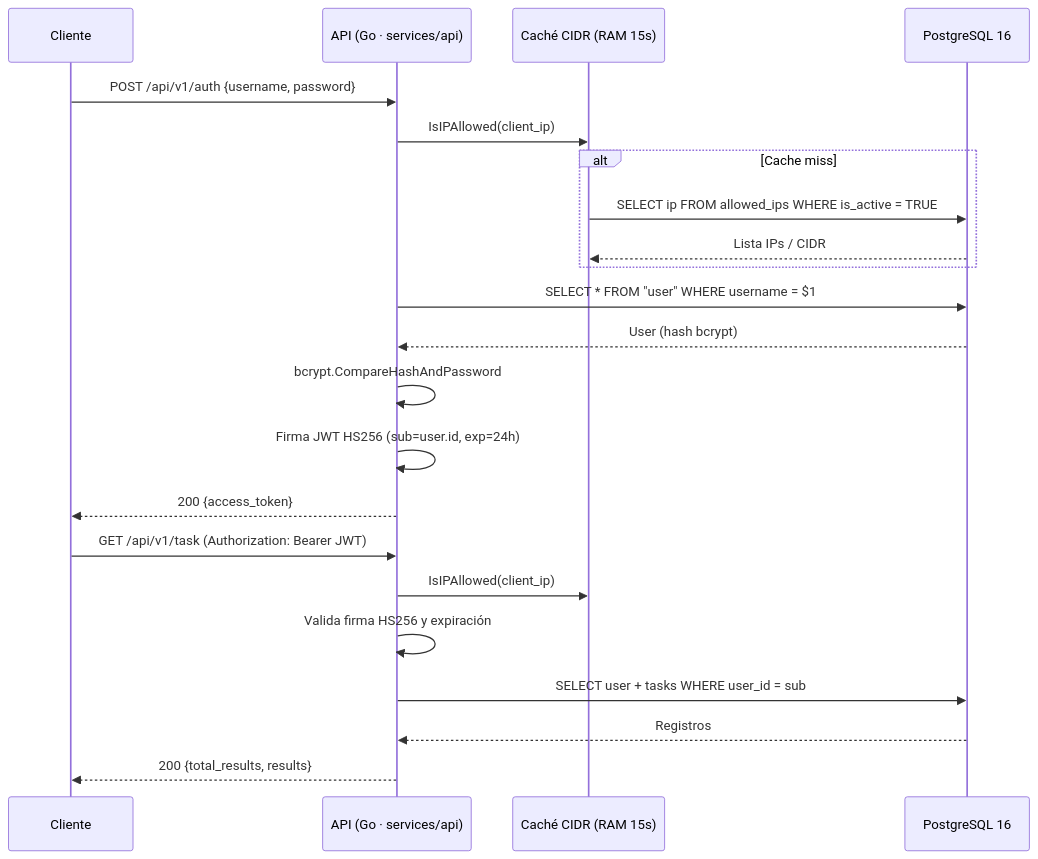
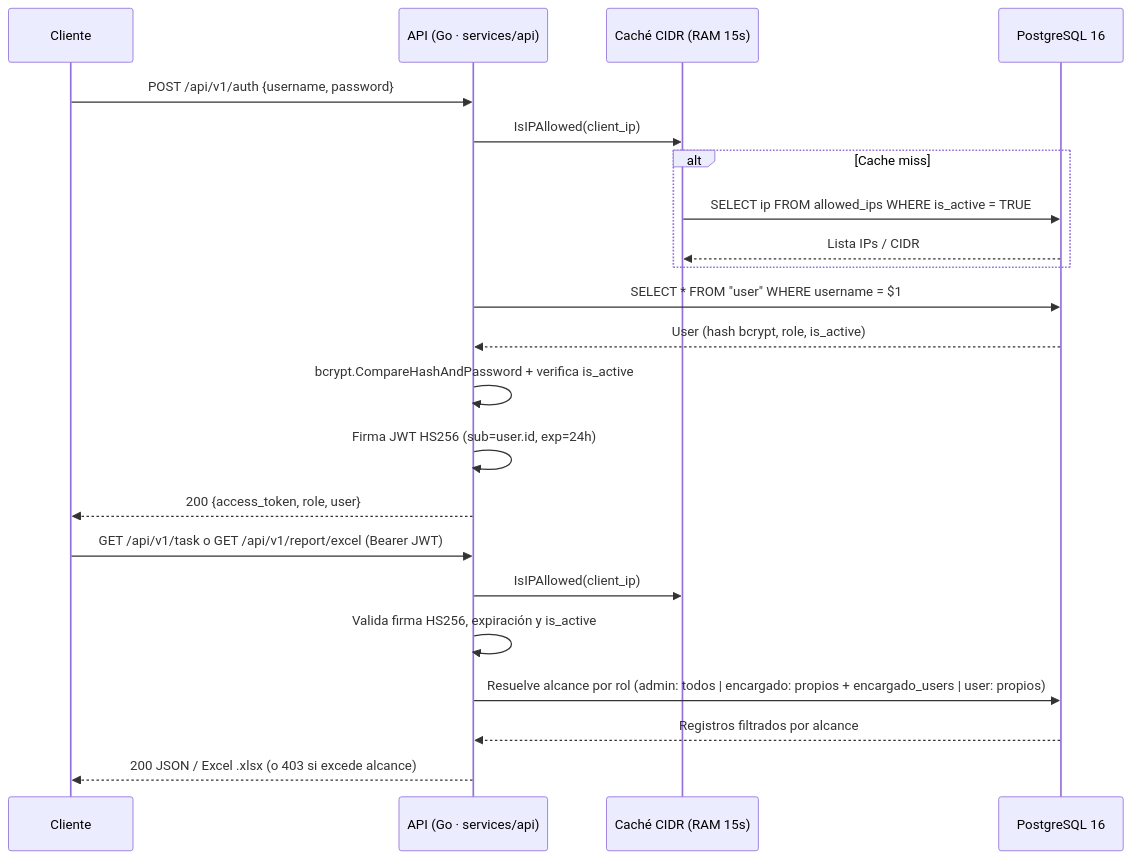
Before and after one commit to builker-col/DESD-API-Rest: the diagram in docs/api/auth-flow.mmd, drawn with Mermaid. The commit also changed 16 other files, not shown here.

Commit message:
Add RBAC task visibility and Excel processing reports

```diff
--- a/docs/api/auth-flow.mmd
+++ b/docs/api/auth-flow.mmd
@@ -1,24 +1,24 @@
 sequenceDiagram
   participant C as Cliente
   participant API as API (Go · services/api)
   participant CACHE as Caché CIDR (RAM 15s)
   participant PG as PostgreSQL 16
 
   C->>API: POST /api/v1/auth {username, password}
   API->>CACHE: IsIPAllowed(client_ip)
   alt Cache miss
     CACHE->>PG: SELECT ip FROM allowed_ips WHERE is_active = TRUE
     PG-->>CACHE: Lista IPs / CIDR
   end
   API->>PG: SELECT * FROM "user" WHERE username = $1
-  PG-->>API: User (hash bcrypt)
-  API->>API: bcrypt.CompareHashAndPassword
+  PG-->>API: User (hash bcrypt, role, is_active)
+  API->>API: bcrypt.CompareHashAndPassword + verifica is_active
   API->>API: Firma JWT HS256 (sub=user.id, exp=24h)
-  API-->>C: 200 {access_token}
+  API-->>C: 200 {access_token, role, user}
 
-  C->>API: GET /api/v1/task (Authorization: Bearer JWT)
+  C->>API: GET /api/v1/task o GET /api/v1/report/excel (Bearer JWT)
   API->>CACHE: IsIPAllowed(client_ip)
-  API->>API: Valida firma HS256 y expiración
-  API->>PG: SELECT user + tasks WHERE user_id = sub
-  PG-->>API: Registros
-  API-->>C: 200 {total_results, results}
+  API->>API: Valida firma HS256, expiración y is_active
+  API->>PG: Resuelve alcance por rol (admin: todos | encargado: propios + encargado_users | user: propios)
+  PG-->>API: Registros filtrados por alcance
+  API-->>C: 200 JSON / Excel .xlsx (o 403 si excede alcance)
```
